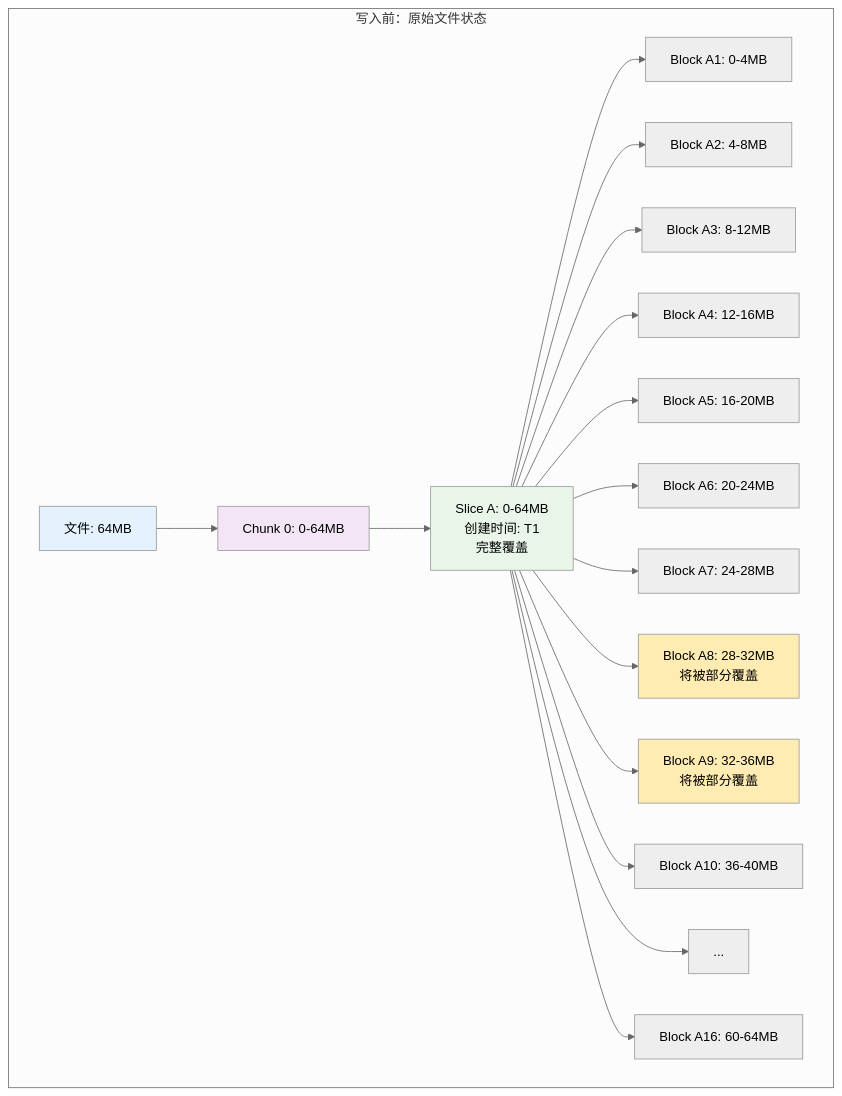
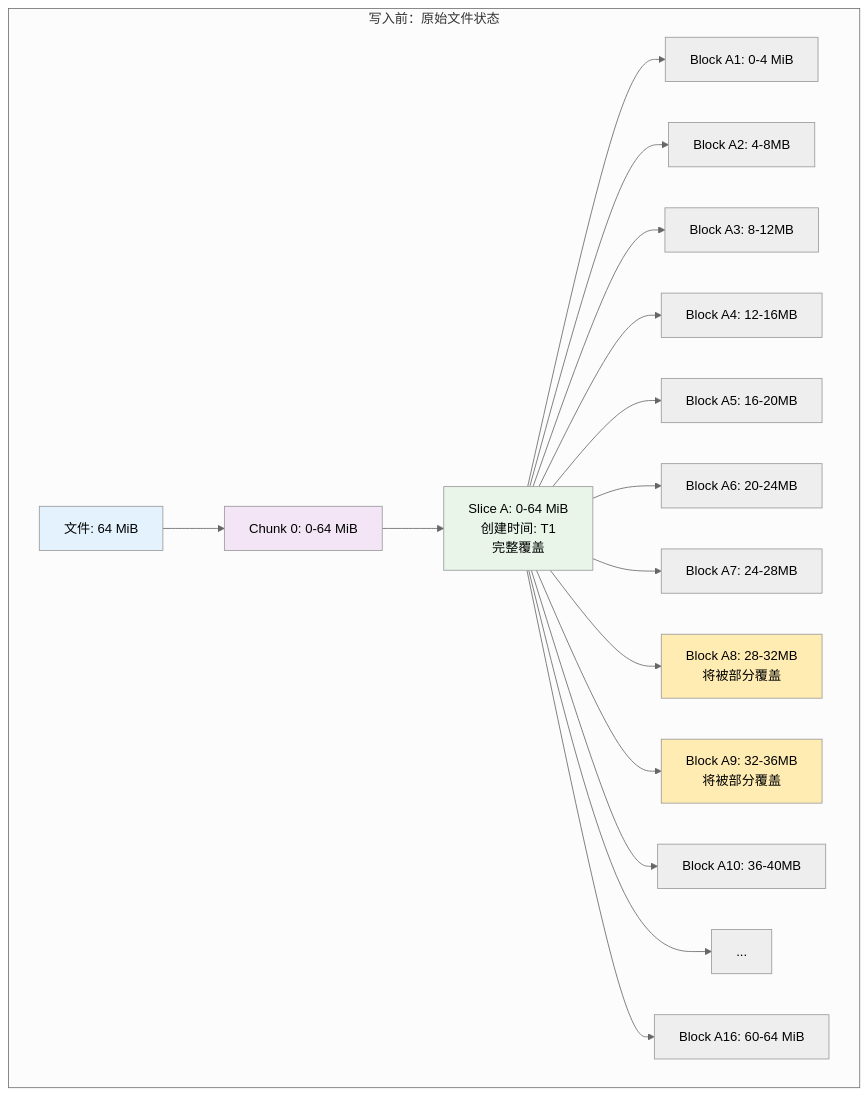
The sixth of 12 diagrams in 04_cloud_native_ai_platform/storage/juicefs/01_juicefs_file_modification_mechanism_analysis.md (ForceInjection/AI-fundamentals), drawn with Mermaid (neutral theme) before and after one commit. The commit also changed other lines of this file and 26 other files, not shown here.

````diff
--- a/04_cloud_native_ai_platform/storage/juicefs/01_juicefs_file_modification_mechanism_analysis.md
+++ b/04_cloud_native_ai_platform/storage/juicefs/01_juicefs_file_modification_mechanism_analysis.md
@@ -387,26 +362,26 @@
 ```mermaid
 graph TD
     subgraph "写入前：原始文件状态"
-        A1[文件: 64MB] --> B1[Chunk 0: 0-64MB]
-        B1 --> C1[Slice A: 0-64MB<br/>创建时间: T1<br/>完整覆盖]
+        A1[文件: 64 MiB] --> B1[Chunk 0: 0-64 MiB]
+        B1 --> C1[Slice A: 0-64 MiB<br/>创建时间: T1<br/>完整覆盖]
         
-        C1 --> D1[Block A1: 0-4MB]
+        C1 --> D1[Block A1: 0-4 MiB]
         C1 --> D2[Block A2: 4-8MB]
         C1 --> D3[Block A3: 8-12MB]
         C1 --> D4[Block A4: 12-16MB]
         C1 --> D5[Block A5: 16-20MB]
         C1 --> D6[Block A6: 20-24MB]
         C1 --> D7[Block A7: 24-28MB]
         C1 --> D8[Block A8: 28-32MB<br/>将被部分覆盖]
         C1 --> D9[Block A9: 32-36MB<br/>将被部分覆盖]
         C1 --> D10[Block A10: 36-40MB]
         C1 --> D11[...]
-        C1 --> D12[Block A16: 60-64MB]
+        C1 --> D12[Block A16: 60-64 MiB]
     end
     
     style A1 fill:#e3f2fd
     style B1 fill:#f3e5f5
     style C1 fill:#e8f5e8
     style D8 fill:#ffecb3
     style D9 fill:#ffecb3
 ```
````
